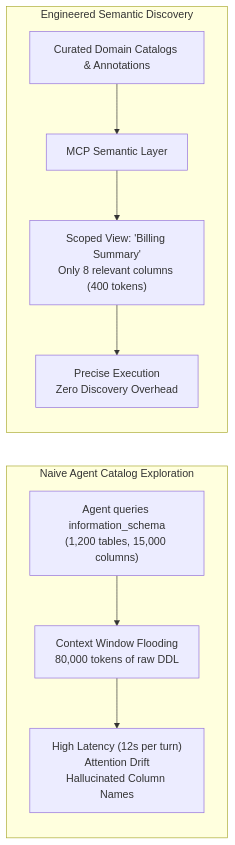
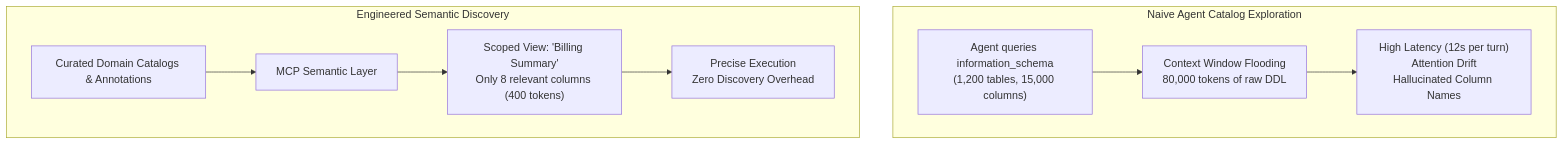
One commit to gauravagarwalgarg/blog changed the fourth of 8 diagrams in src/content/blog/your-ai-agent-wants-your-database.md. Above: the diagram before and after it, drawn with Mermaid. The commit also changed 9 other files, not shown here.

Commit message:
feat(ui): add diagram zoom lightbox, optimize diagram layouts, align project cards, and add subject tags

````diff
--- a/src/content/blog/your-ai-agent-wants-your-database.md
+++ b/src/content/blog/your-ai-agent-wants-your-database.md
@@ -209,13 +209,13 @@
 ```mermaid
-graph LR
+graph TD
     subgraph Naive["Naive Agent Catalog Exploration"]
         Explore["Agent queries information_schema<br/>(1,200 tables, 15,000 columns)"] --> Bloat["Context Window Flooding<br/>80,000 tokens of raw DDL"]
         Bloat --> Failure["High Latency (12s per turn)<br/>Attention Drift<br/>Hallucinated Column Names"]
     end
 
     subgraph Engineered["Engineered Semantic Discovery"]
         Catalog["Curated Domain Catalogs & Annotations"] --> MCP["MCP Semantic Layer"]
         MCP --> Scoped["Scoped View: 'Billing Summary'<br/>Only 8 relevant columns (400 tokens)"]
         Scoped --> Success["Precise Execution<br/>Zero Discovery Overhead"]
     end
 ```
````
